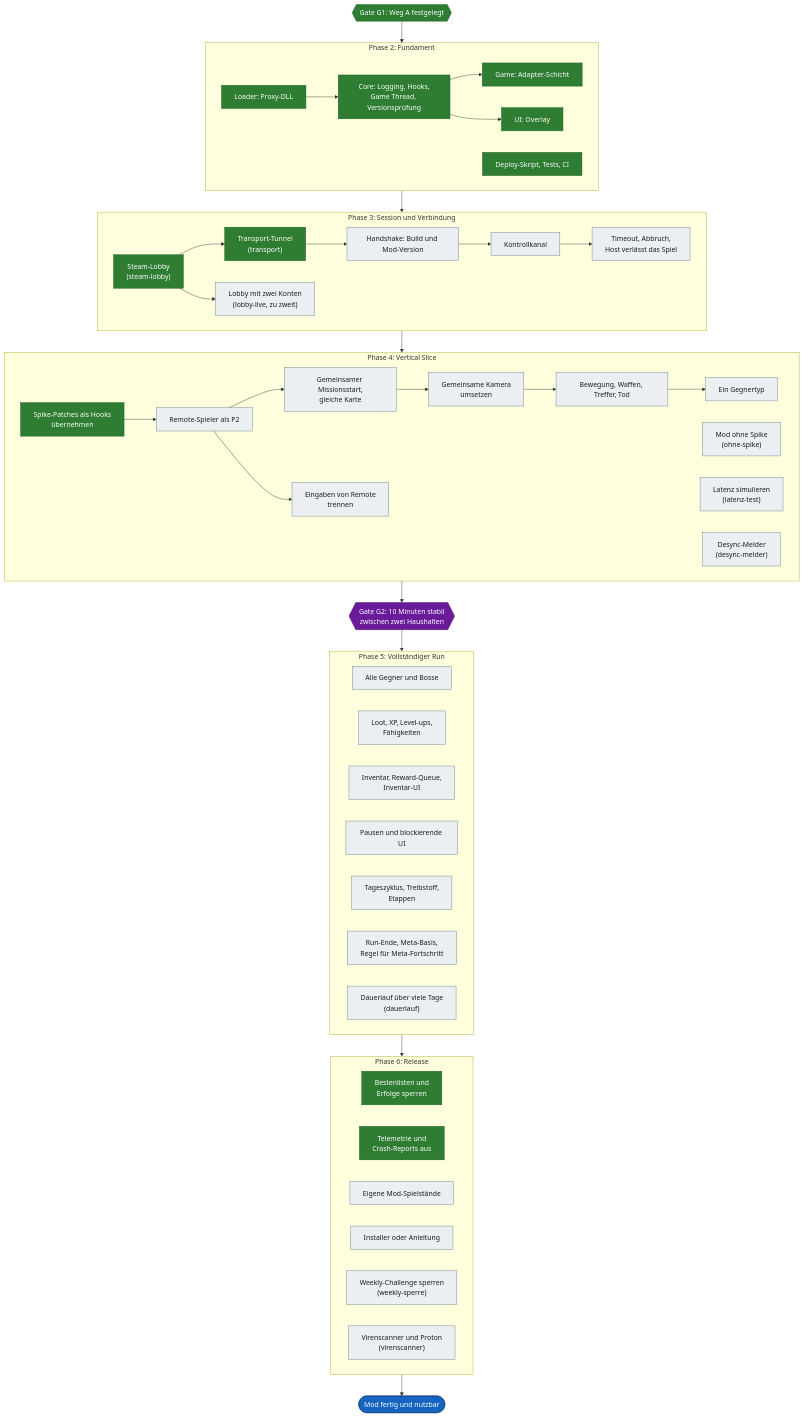
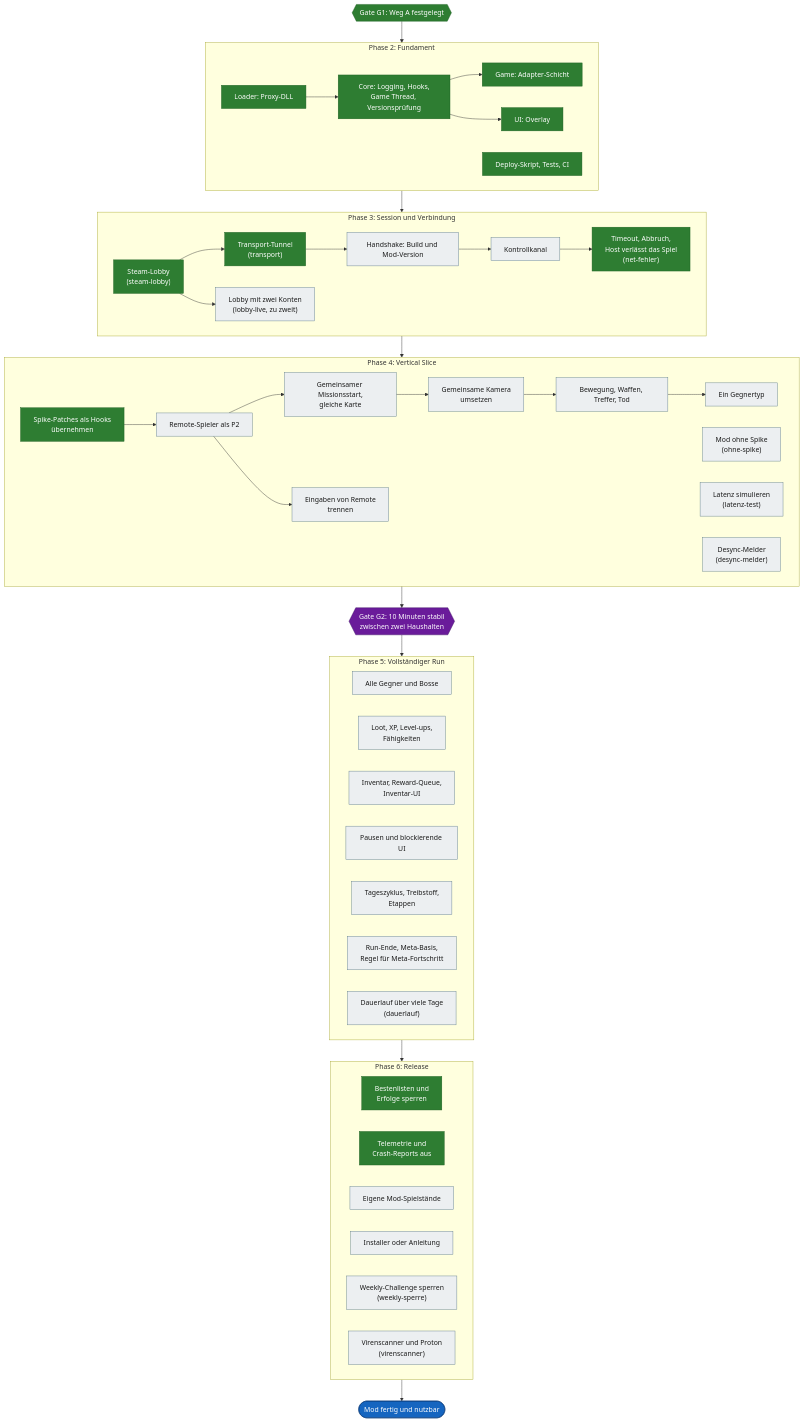
One commit to VitaminStack/Deadly-Days-Roadtrip-Multiplayer-Mod changed the third of 4 diagrams in docs/ROADMAP.md. Above: the diagram before and after it, drawn with Mermaid. The commit also changed other lines of this file and 15 other files, not shown here.

First line of the commit message:
net-fehler: lesbare Meldung und Gründe für jedes Sitzungsende, im Spiel geprüft (#93)

````diff
--- a/docs/ROADMAP.md
+++ b/docs/ROADMAP.md
@@ -165,71 +166,71 @@
 ```mermaid
 flowchart TD
     G1{{"Gate G1: Weg A festgelegt"}}:::done
 
     subgraph PH2["Phase 2: Fundament"]
         L["Loader: Proxy-DLL"]:::done
         C["Core: Logging, Hooks,<br/>Game Thread, Versionsprüfung"]:::done
         GA["Game: Adapter-Schicht"]:::done
         U["UI: Overlay"]:::done
         W["Deploy-Skript, Tests, CI"]:::done
         L --> C --> GA
         C --> U
     end
 
     subgraph PH3["Phase 3: Session und Verbindung"]
         LO["Steam-Lobby<br/>(steam-lobby)"]:::done
         LL["Lobby mit zwei Konten<br/>(lobby-live, zu zweit)"]:::open
         TN["Transport-Tunnel<br/>(transport)"]:::done
         HS["Handshake: Build und Mod-Version"]:::open
-        FE["Timeout, Abbruch,<br/>Host verlässt das Spiel"]:::open
+        FE["Timeout, Abbruch,<br/>Host verlässt das Spiel<br/>(net-fehler)"]:::done
         KK["Kontrollkanal"]:::open
         LO --> TN --> HS --> KK --> FE
         LO --> LL
     end
 
     subgraph PH4["Phase 4: Vertical Slice"]
         SH["Spike-Patches als Hooks<br/>übernehmen"]:::done
         R2["Remote-Spieler als P2"]:::open
         MS["Gemeinsamer Missionsstart,<br/>gleiche Karte"]:::open
         KM["Gemeinsame Kamera<br/>umsetzen"]:::open
         KA["Bewegung, Waffen, Treffer, Tod"]:::open
         GT["Ein Gegnertyp"]:::open
         EI["Eingaben von Remote<br/>trennen"]:::open
         OS["Mod ohne Spike<br/>(ohne-spike)"]:::open
         LT["Latenz simulieren<br/>(latenz-test)"]:::open
         DM["Desync-Melder<br/>(desync-melder)"]:::open
         SH --> R2 --> MS --> KM --> KA --> GT
         R2 --> EI
     end
 
     G2{{"Gate G2: 10 Minuten stabil<br/>zwischen zwei Haushalten"}}:::gate
 
     subgraph PH5["Phase 5: Vollständiger Run"]
         GE["Alle Gegner und Bosse"]:::open
         XP["Loot, XP, Level-ups,<br/>Fähigkeiten"]:::open
         IV["Inventar, Reward-Queue,<br/>Inventar-UI"]:::open
         PU["Pausen und blockierende UI"]:::open
         TG["Tageszyklus, Treibstoff,<br/>Etappen"]:::open
         ME["Run-Ende, Meta-Basis,<br/>Regel für Meta-Fortschritt"]:::open
         DL["Dauerlauf über viele Tage<br/>(dauerlauf)"]:::open
     end
 
     subgraph PH6["Phase 6: Release"]
         SB["Bestenlisten und<br/>Erfolge sperren"]:::done
         TE["Telemetrie und<br/>Crash-Reports aus"]:::done
         SV["Eigene Mod-Spielstände"]:::open
         IN["Installer oder Anleitung"]:::open
         WS["Weekly-Challenge sperren<br/>(weekly-sperre)"]:::open
         VS["Virenscanner und Proton<br/>(virenscanner)"]:::open
     end
 
     Z(["Mod fertig und nutzbar"]):::goal
 
     G1 --> PH2 --> PH3 --> PH4 --> G2 --> PH5 --> PH6 --> Z
 
     classDef done fill:#2e7d32,stroke:#1b5e20,color:#ffffff
     classDef wip fill:#f9a825,stroke:#b27a00,color:#1a1a1a
     classDef open fill:#eceff1,stroke:#607d8b,color:#1a1a1a
     classDef gate fill:#6a1b9a,stroke:#3e1163,color:#ffffff
     classDef goal fill:#1565c0,stroke:#0d3c78,color:#ffffff
 ```
````
